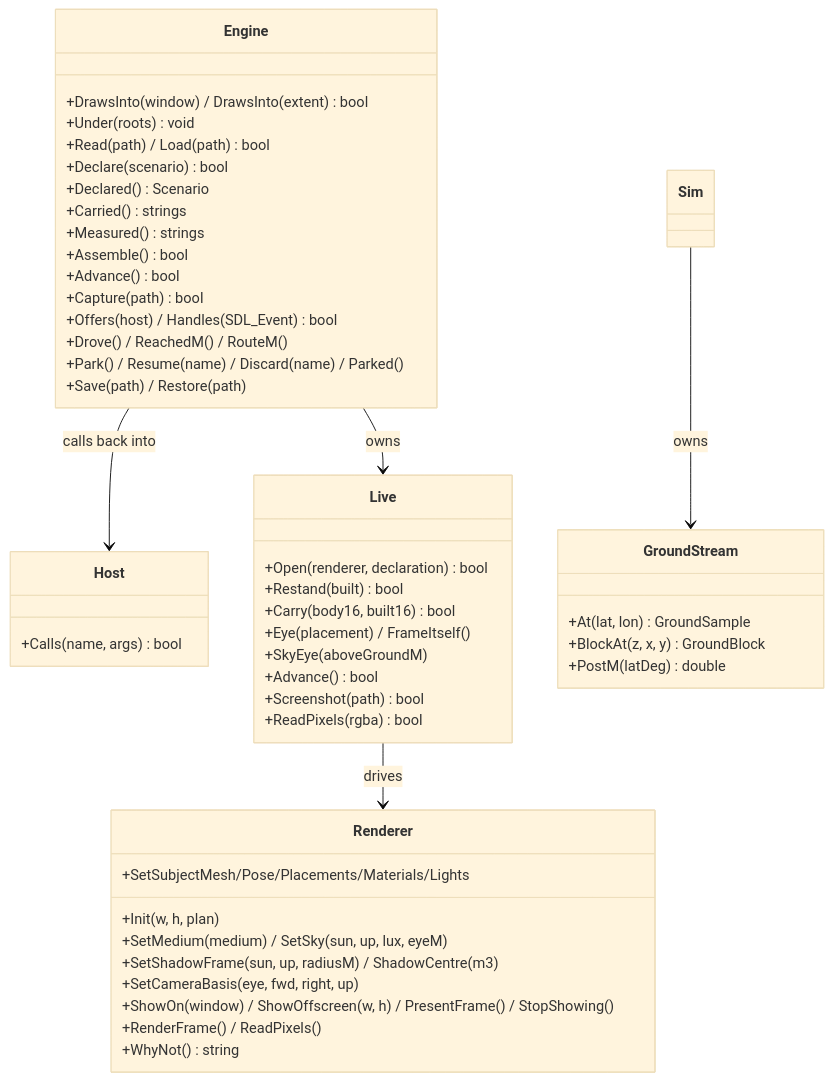
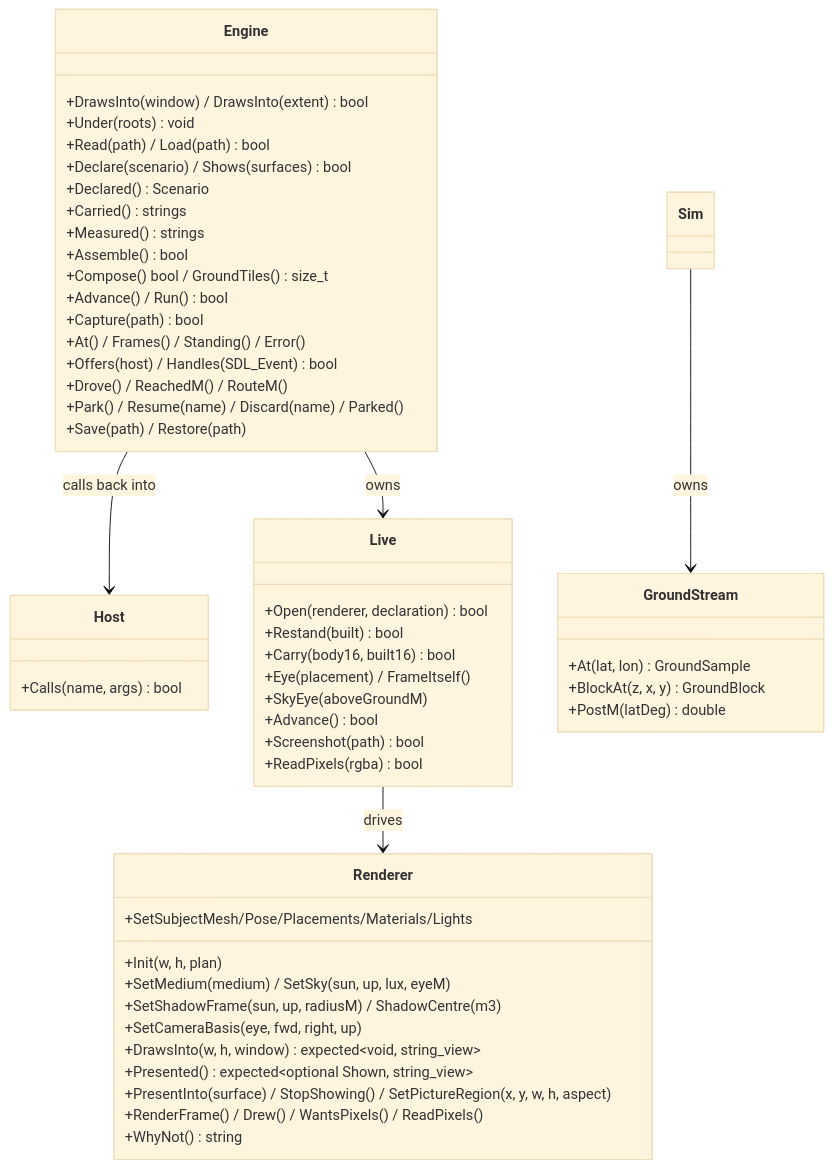
One commit to Weichwolf/outshine changed the eighth of 11 diagrams in CLAUDE.md. Above: the diagram before and after it, drawn with Mermaid (base theme). The commit also changed other lines of this file and 9 other files, not shown here.

````diff
--- a/CLAUDE.md
+++ b/CLAUDE.md
@@ -277,52 +277,56 @@
 ```mermaid
 classDiagram
   direction TB
   class Engine {
     +DrawsInto(window) / DrawsInto(extent) bool
     +Under(roots) void
     +Read(path) / Load(path) bool
-    +Declare(scenario) bool
+    +Declare(scenario) / Shows(surfaces) bool
     +Declared() Scenario
     +Carried() strings
     +Measured() strings
     +Assemble() bool
-    +Advance() bool
+    +Compose() bool / GroundTiles() size_t
+    +Advance() / Run() bool
     +Capture(path) bool
+    +At() / Frames() / Standing() / Error()
     +Offers(host) / Handles(SDL_Event) bool
     +Drove() / ReachedM() / RouteM()
     +Park() / Resume(name) / Discard(name) / Parked()
     +Save(path) / Restore(path)
   }
   class Host {
     +Calls(name, args) bool
   }
   class Live {
     +Open(renderer, declaration) bool
     +Restand(built) bool
     +Carry(body16, built16) bool
     +Eye(placement) / FrameItself()
     +SkyEye(aboveGroundM)
     +Advance() bool
     +Screenshot(path) bool
     +ReadPixels(rgba) bool
   }
   class Renderer {
     +Init(w, h, plan)
     +SetSubjectMesh/Pose/Placements/Materials/Lights
     +SetMedium(medium) / SetSky(sun, up, lux, eyeM)
     +SetShadowFrame(sun, up, radiusM) / ShadowCentre(m3)
     +SetCameraBasis(eye, fwd, right, up)
-    +ShowOn(window) / ShowOffscreen(w, h) / PresentFrame() / StopShowing()
-    +RenderFrame() / ReadPixels()
+    +DrawsInto(w, h, window) expected~void, string_view~
+    +Presented() expected~optional Shown, string_view~
+    +PresentInto(surface) / StopShowing() / SetPictureRegion(x, y, w, h, aspect)
+    +RenderFrame() / Drew() / WantsPixels() / ReadPixels()
     +WhyNot() string
   }
   class GroundStream {
     +At(lat, lon) GroundSample
     +BlockAt(z, x, y) GroundBlock
     +PostM(latDeg) double
   }
   Engine --> Host : calls back into
   Engine --> Live : owns
   Live --> Renderer : drives
   Sim --> GroundStream : owns
 ```
````
